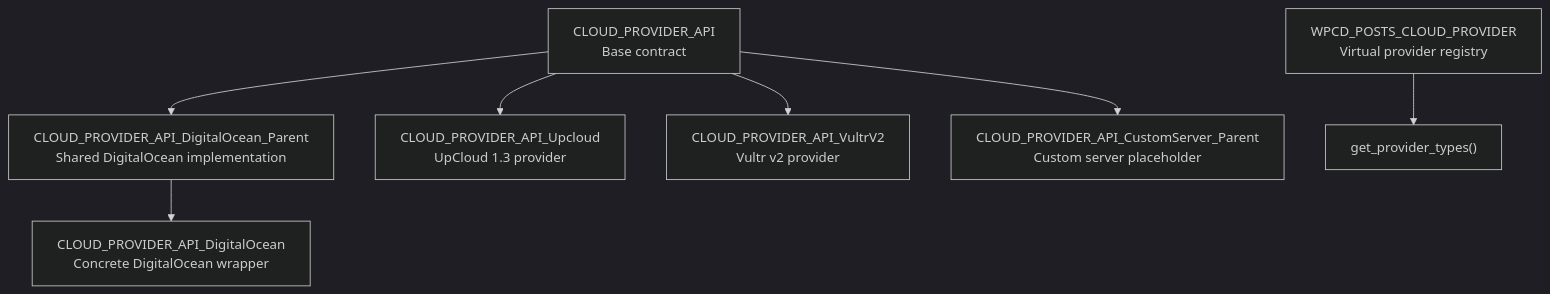
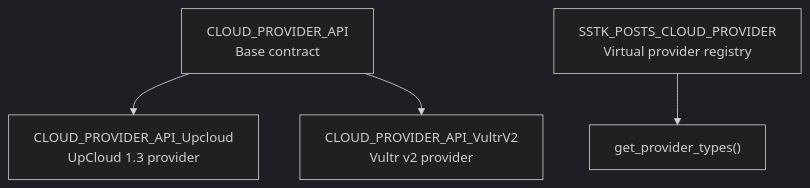
Before and after one commit to onedogsolutions/simple-stack: the first of 4 diagrams in .qoder/repowiki/en/content/Cloud Provider Integration/Extending Providers.md, drawn with Mermaid (dark theme). The commit also changed other lines of this file and 5941 other files, not shown here.

````diff
--- a/.qoder/repowiki/en/content/Cloud Provider Integration/Extending Providers.md
+++ b/.qoder/repowiki/en/content/Cloud Provider Integration/Extending Providers.md
@@ -41,9 +38,6 @@
 ```mermaid
 graph TB
-Base["CLOUD_PROVIDER_API<br/>Base contract"] --> DO_Parent["CLOUD_PROVIDER_API_DigitalOcean_Parent<br/>Shared DigitalOcean implementation"]
-DO_Parent --> DO["CLOUD_PROVIDER_API_DigitalOcean<br/>Concrete DigitalOcean wrapper"]
-Base --> Upcloud["CLOUD_PROVIDER_API_Upcloud<br/>UpCloud 1.3 provider"]
+Base["CLOUD_PROVIDER_API<br/>Base contract"] --> Upcloud["CLOUD_PROVIDER_API_Upcloud<br/>UpCloud 1.3 provider"]
 Base --> Vultr["CLOUD_PROVIDER_API_VultrV2<br/>Vultr v2 provider"]
-Base --> CustomParent["CLOUD_PROVIDER_API_CustomServer_Parent<br/>Custom server placeholder"]
-Registry["WPCD_POSTS_CLOUD_PROVIDER<br/>Virtual provider registry"] --> ProviderTypes["get_provider_types()"]
+Registry["SSTK_POSTS_CLOUD_PROVIDER<br/>Virtual provider registry"] --> ProviderTypes["get_provider_types()"]
 ```
````
